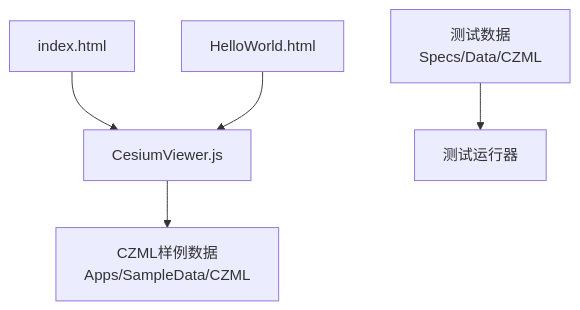
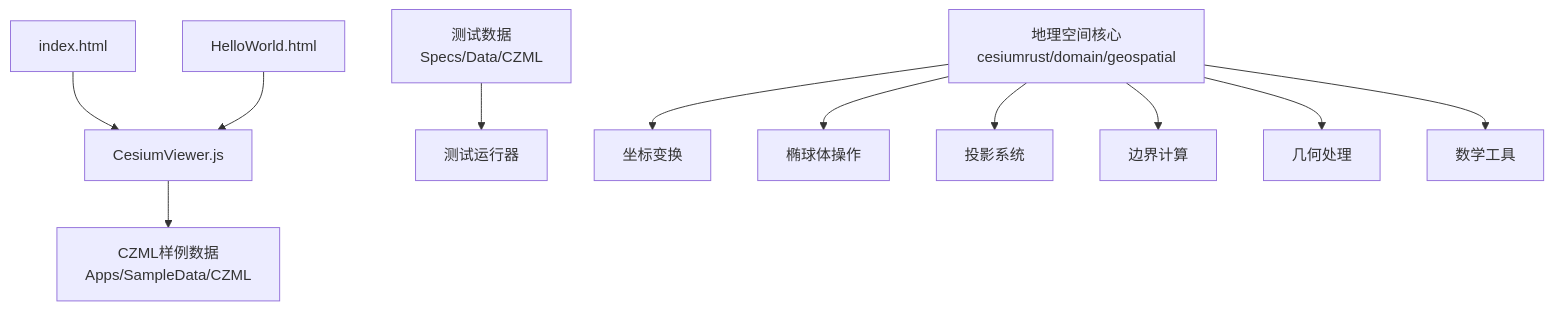
One commit to rzhangjing/cesium changed the eighth of 8 diagrams in .qoder/repowiki/zh/content/项目概述/核心特性/地理空间数据处理/地理空间数据处理.md. Above: the diagram before and after it, drawn with Mermaid. The commit also changed other lines of this file and 92 other files, not shown here.

````diff
--- a/.qoder/repowiki/zh/content/项目概述/核心特性/地理空间数据处理/地理空间数据处理.md
+++ b/.qoder/repowiki/zh/content/项目概述/核心特性/地理空间数据处理/地理空间数据处理.md
@@ -252,7 +418,13 @@
 ```mermaid
 graph TB
 I["index.html"] --> V["CesiumViewer.js"]
 H["HelloWorld.html"] --> V
 V --> D1["CZML样例数据<br/>Apps/SampleData/CZML"]
 T["测试数据<br/>Specs/Data/CZML"] --> R["测试运行器"]
+G["地理空间核心<br/>cesiumrust/domain/geospatial"] --> CT["坐标变换"]
+G --> EL["椭球体操作"]
+G --> PR["投影系统"]
+G --> BD["边界计算"]
+G --> GE["几何处理"]
+G --> MT["数学工具"]
 ```
````
